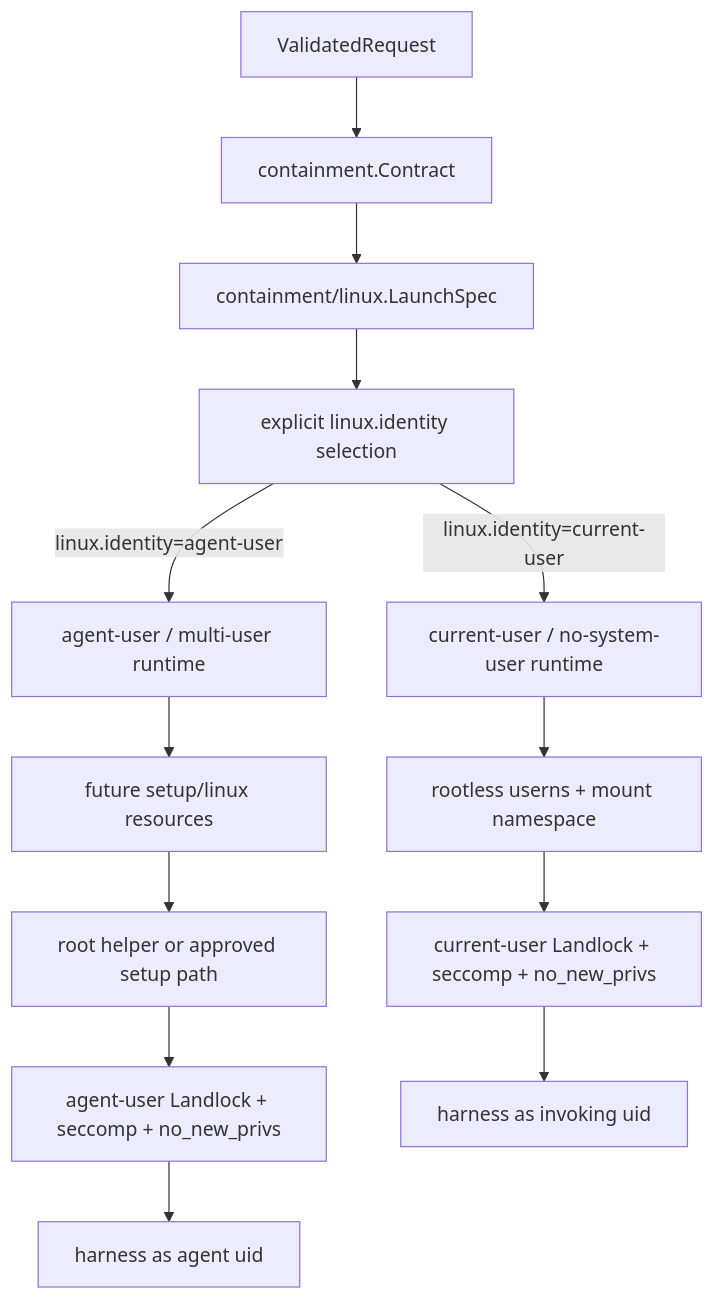
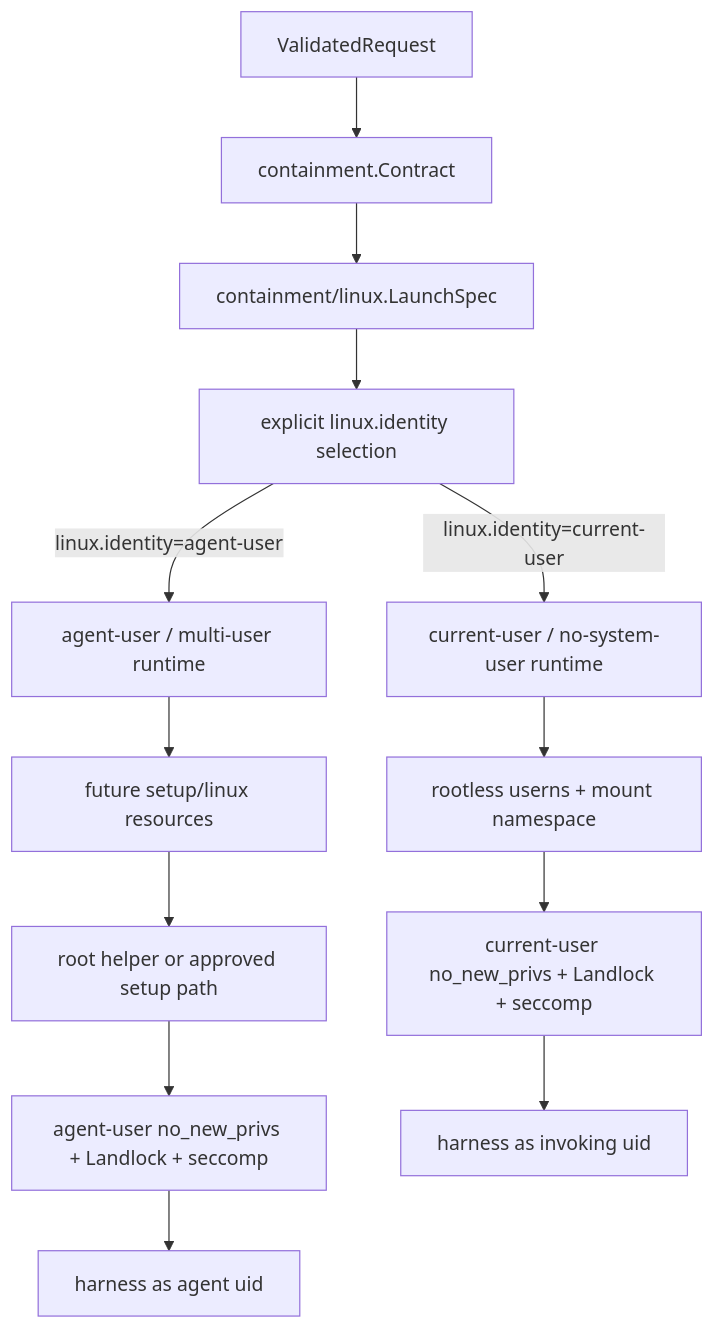
Before and after one commit to dredozubov/hazmat: the third of 11 diagrams in docs/plans/2026-06-27-reusable-runtime-core-user-isolation-design.md, drawn with Mermaid. The commit also changed other lines of this file and 2 other files, not shown here.

````diff
--- a/docs/plans/2026-06-27-reusable-runtime-core-user-isolation-design.md
+++ b/docs/plans/2026-06-27-reusable-runtime-core-user-isolation-design.md
@@ -304,29 +304,29 @@
 ```mermaid
 flowchart TB
     request["ValidatedRequest"]
     contract["containment.Contract"]
     spec["containment/linux.LaunchSpec"]
     selector["explicit linux.identity selection"]
     current["current-user / no-system-user runtime"]
     agent["agent-user / multi-user runtime"]
     rootless["rootless userns + mount namespace"]
-    currentPolicy["current-user Landlock + seccomp + no_new_privs"]
-    agentPolicy["agent-user Landlock + seccomp + no_new_privs"]
+    currentPolicy["current-user no_new_privs + Landlock + seccomp"]
+    agentPolicy["agent-user no_new_privs + Landlock + seccomp"]
     setup["future setup/linux resources"]
     helper["root helper or approved setup path"]
     harnessCurrent["harness as invoking uid"]
     harnessAgent["harness as agent uid"]
 
     request --> contract
     contract --> spec
     spec --> selector
     selector -->|"linux.identity=current-user"| current
     selector -->|"linux.identity=agent-user"| agent
     current --> rootless
     rootless --> currentPolicy
     currentPolicy --> harnessCurrent
     agent --> setup
     setup --> helper
     helper --> agentPolicy
     agentPolicy --> harnessAgent
 ```
````
